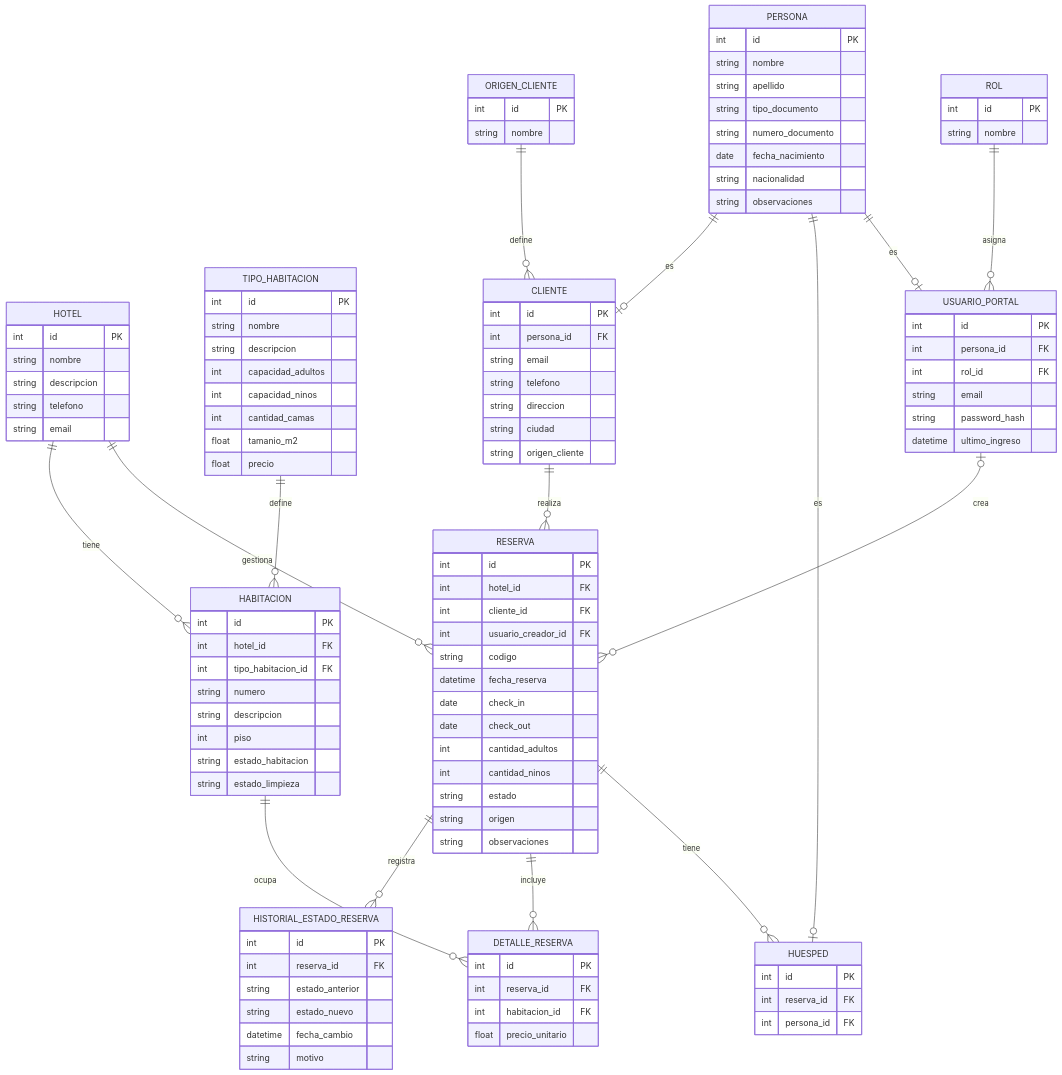
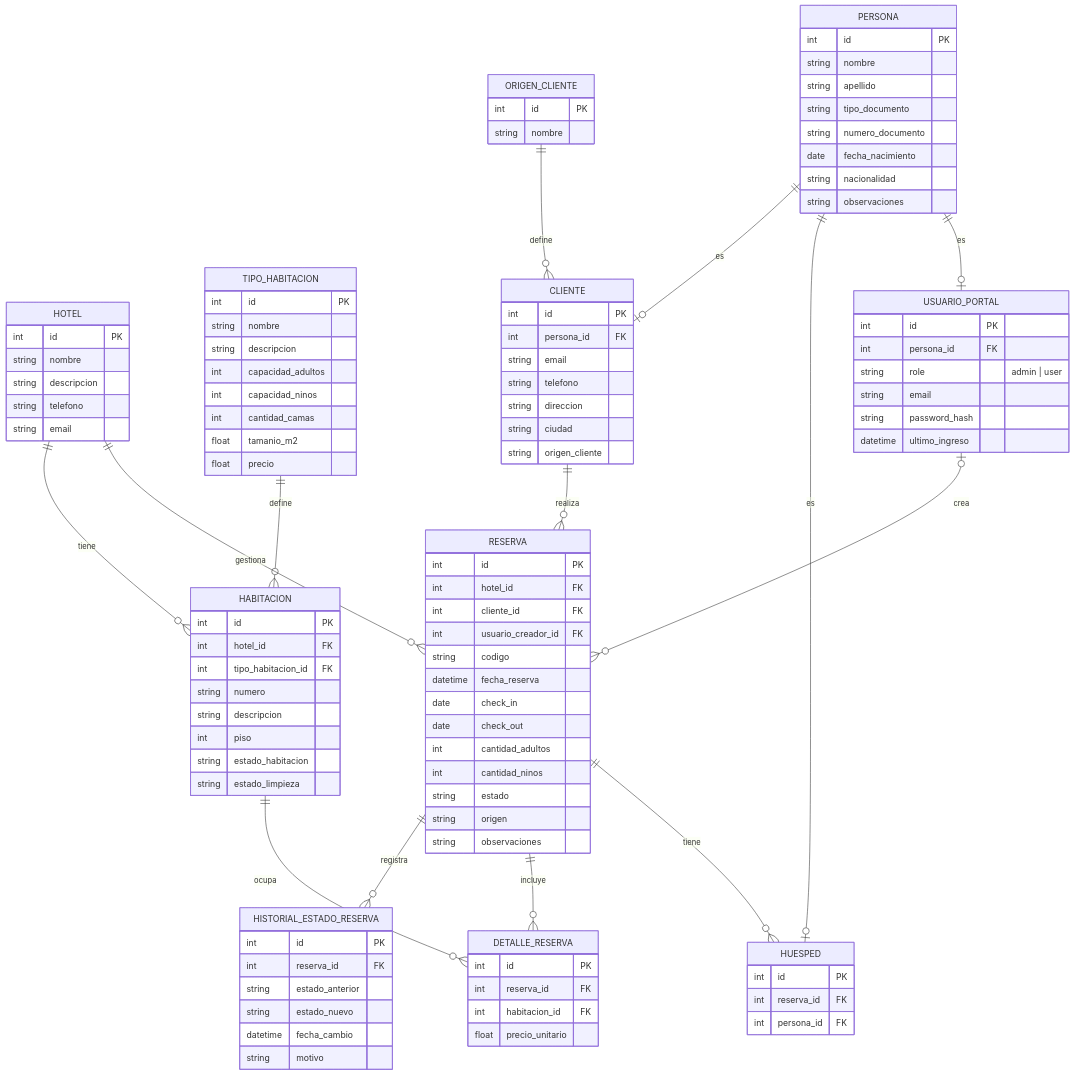
One commit to lautaromarin10/trabajo_final_integrador_UTN changed the diagram in DIAGRAMA.md. Above: the diagram before and after it, drawn with Mermaid. The commit also changed other lines of this file, not shown here.

Commit message:
[RAIZ]documentation(diagrama): actualiza roles de USUARIO_PORTAL

```diff
--- a/DIAGRAMA.md
+++ b/DIAGRAMA.md
@@ -17,7 +17,6 @@
     PERSONA ||--o| HUESPED : es
     PERSONA ||--o| USUARIO_PORTAL : es
 
-    ROL ||--o{ USUARIO_PORTAL : asigna
     ORIGEN_CLIENTE ||--o{ CLIENTE : define
 
     HOTEL {
@@ -76,15 +75,10 @@
         string nombre
     }
 
-    ROL {
-        int id PK
-        string nombre
-    }
-
     USUARIO_PORTAL {
         int id PK
         int persona_id FK
-        int rol_id FK
+        string role "admin | user"
         string email
         string password_hash
         datetime ultimo_ingreso
```
